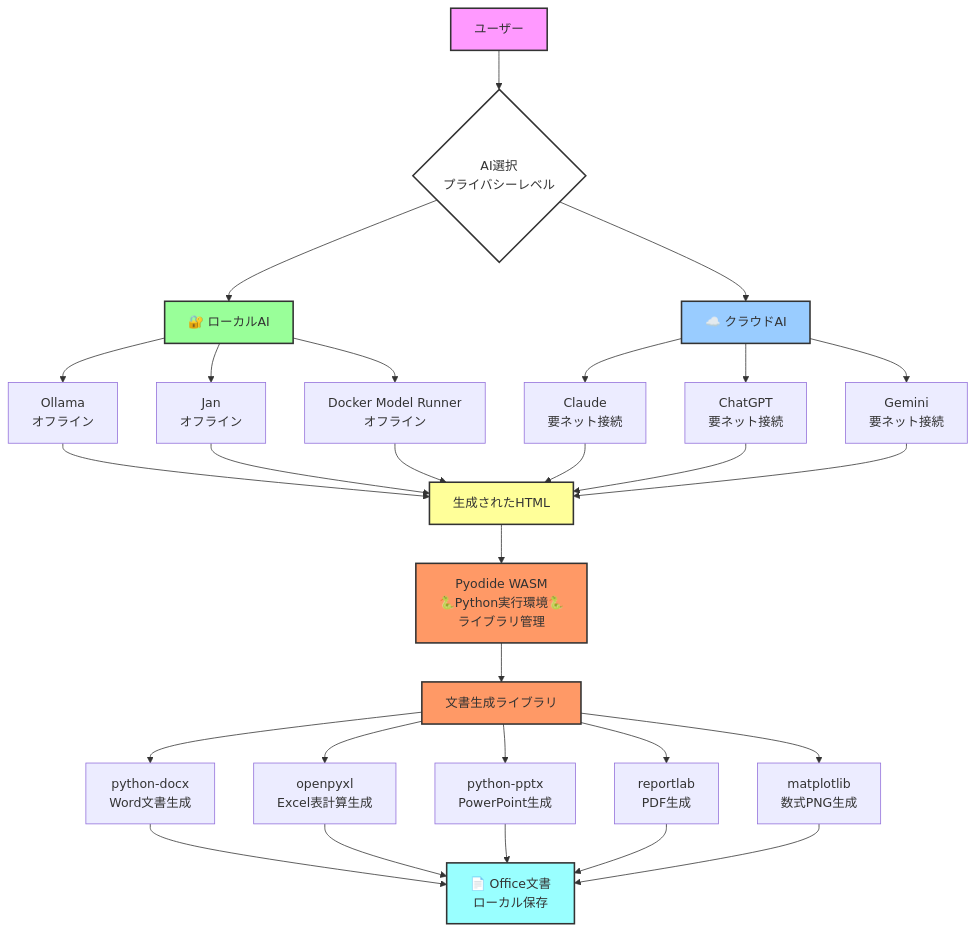
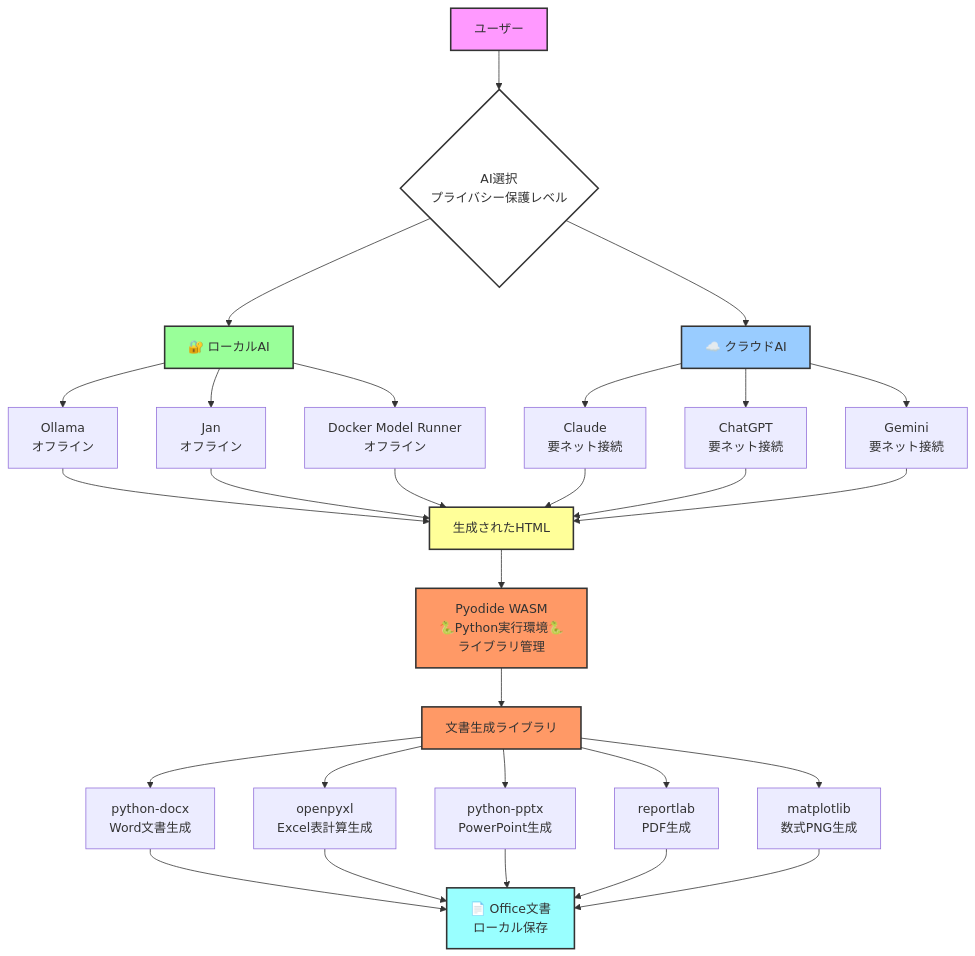
The second of 2 diagrams in README.md (HarmoniaEpic/text-to-officefile-or-wasmapp-recipes), drawn with Mermaid before and after one commit. The commit also changed other lines of this file, not shown here.

````diff
--- a/README.md
+++ b/README.md
@@ -320,46 +320,46 @@
 ```mermaid
 flowchart TD
-    A[ユーザー] --> B{AI選択<br/>プライバシーレベル}
+    A[ユーザー] --> B{AI選択<br/>プライバシー保護レベル}
     
     B --> C[🔐 ローカルAI]
     B --> D[☁️ クラウドAI]
     
     C --> C1[Ollama<br/>オフライン]
     C --> C2[Jan<br/>オフライン]
     C --> C3[Docker Model Runner<br/>オフライン]
     
     D --> D1[Claude<br/>要ネット接続]
     D --> D2[ChatGPT<br/>要ネット接続]
     D --> D3[Gemini<br/>要ネット接続]
     
     C1 --> E[生成されたHTML]
     C2 --> E
     C3 --> E
     D1 --> E
     D2 --> E
     D3 --> E
     
     E --> F[Pyodide WASM<br/>🐍Python実行環境🐍<br/>ライブラリ管理]
     F --> G[文書生成ライブラリ]
     
     G --> G1[python-docx<br/>Word文書生成]
     G --> G2[openpyxl<br/>Excel表計算生成]
     G --> G3[python-pptx<br/>PowerPoint生成]
     G --> G4[reportlab<br/>PDF生成]
     G --> G5[matplotlib<br/>数式PNG生成]
     
     G1 --> H[📄 Office文書<br/>ローカル保存]
     G2 --> H
     G3 --> H
     G4 --> H
     G5 --> H
     
     style A fill:#f9f,stroke:#333,stroke-width:2px
     style B fill:#fff,stroke:#333,stroke-width:2px
     style C fill:#9f9,stroke:#333,stroke-width:2px
     style D fill:#9cf,stroke:#333,stroke-width:2px
     style E fill:#ff9,stroke:#333,stroke-width:2px
     style F fill:#f96,stroke:#333,stroke-width:2px
     style G fill:#f96,stroke:#333,stroke-width:2px
     style H fill:#9ff,stroke:#333,stroke-width:2px
 ```
````
